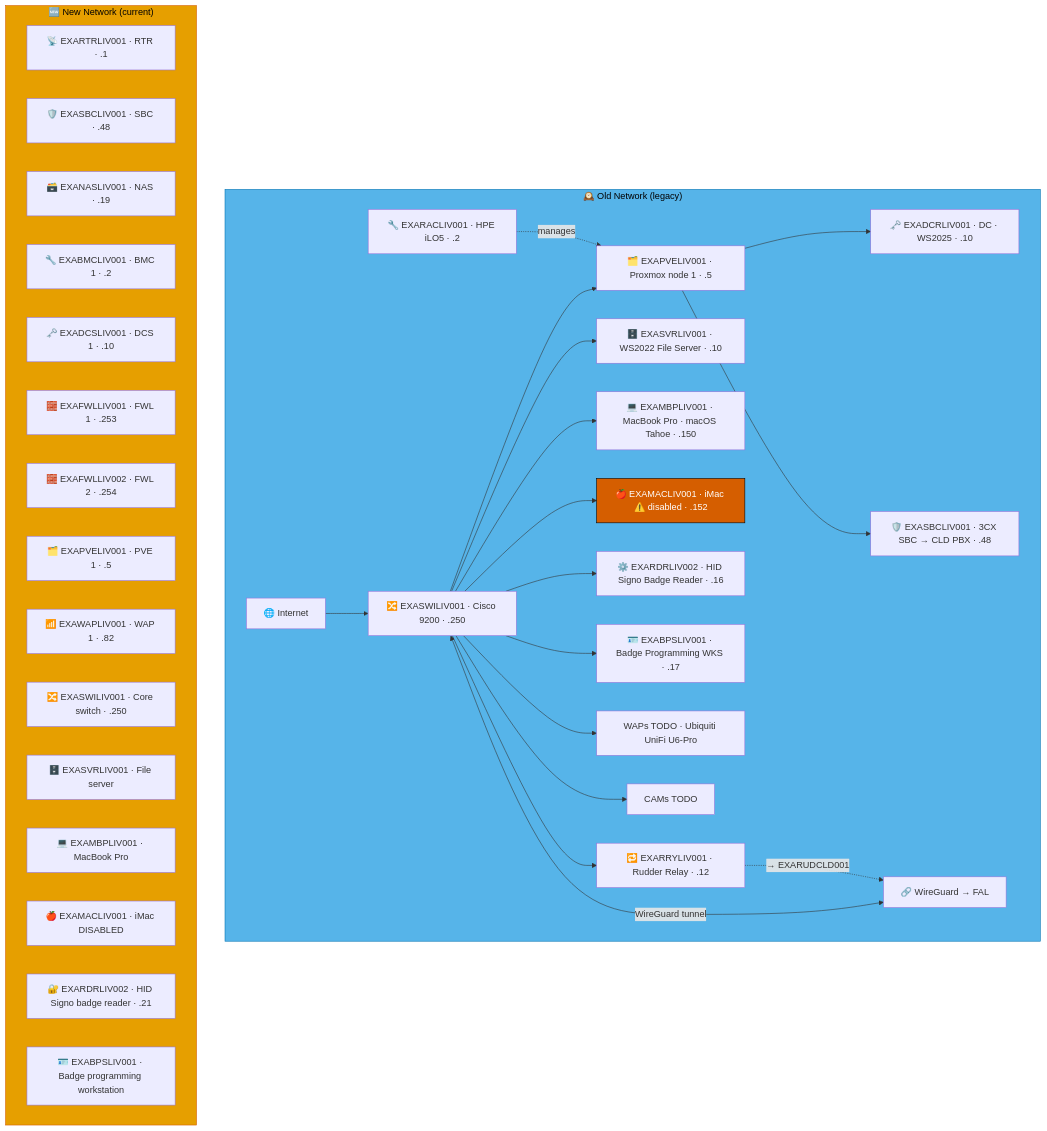
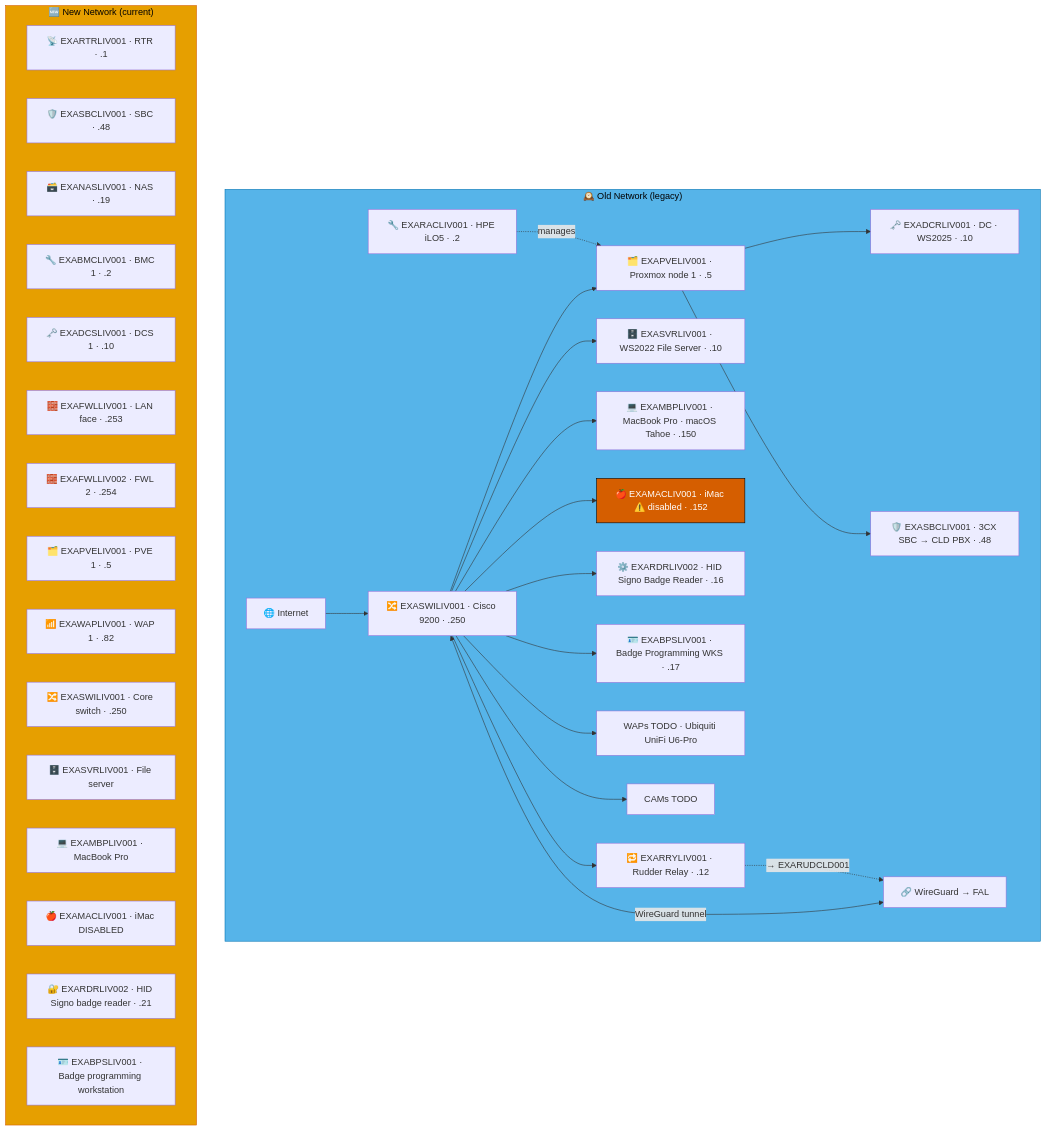
Before and after one commit to knightmare2600/example_music_infra: the fourth of 9 diagrams in docs/network-diagram/england.md, drawn with Mermaid. The commit also changed other lines of this file and 17 other files, not shown here.

````diff
--- a/docs/network-diagram/england.md
+++ b/docs/network-diagram/england.md
@@ -215,52 +215,52 @@
 ```mermaid
 graph TD
     subgraph OLD_LIV ["🕰️ Old Network (legacy)"]
       INET["🌐 Internet"]
       SW["🔀 EXASWILIV001 · Cisco 9200 · .250"]
       RAC["🔧 EXARACLIV001 · HPE iLO5 · .2"]
       PVE["🗂️ EXAPVELIV001 · Proxmox node 1 · .5"]
       DC["🗝️ EXADCRLIV001 · DC · WS2025 · .10"]
       SBC["🛡️ EXASBCLIV001 · 3CX SBC → CLD PBX · .48"]
       RRY["🔁 EXARRYLIV001 · Rudder Relay · .12"]
       SRV["🗄️ EXASVRLIV001 · WS2022 File Server · .10"]
       MBP["💻 EXAMBPLIV001 · MacBook Pro · macOS Tahoe · .150"]
       MAC["🍎 EXAMACLIV001 · iMac ⚠️ disabled · .152"]
       RDR["⚙️ EXARDRLIV002 · HID Signo Badge Reader · .16"]
       BPS["🪪 EXABPSLIV001 · Badge Programming WKS · .17"]
       WAP["WAPs TODO · Ubiquiti UniFi U6-Pro"]
       CAM["CAMs TODO"]
       VPN["🔗 WireGuard → FAL"]
 
       INET --> SW
       SW --> PVE --> DC & SBC
       RAC -.->|"manages"| PVE
       SW --> SRV & MBP & MAC & RDR & BPS & WAP & CAM
       SW <-->|"WireGuard tunnel"| VPN
 
       SW --> RRY
       RRY -. "→ EXARUDCLD001" .-> VPN
     end
     style OLD_LIV fill:#56B4E9,stroke:#0072B2,color:#000000
     %% GENERATED:NEW-NETWORK:LIV:START
     subgraph NEW_LIV ["🆕 New Network (current)"]
       N_RTR["📡 EXARTRLIV001 · RTR · .1"]
       N_SBC["🛡️ EXASBCLIV001 · SBC · .48"]
       N_NAS["🗃️ EXANASLIV001 · NAS · .19"]
       N_BMC["🔧 EXABMCLIV001 · BMC 1 · .2"]
       N_DCS["🗝️ EXADCSLIV001 · DCS 1 · .10"]
-      N_FWL["🧱 EXAFWLLIV001 · FWL 1 · .253"]
+      N_FWL["🧱 EXAFWLLIV001 · LAN face · .253"]
       N_FWL2["🧱 EXAFWLLIV002 · FWL 2 · .254"]
       N_PVE["🗂️ EXAPVELIV001 · PVE 1 · .5"]
       N_WAP["📶 EXAWAPLIV001 · WAP 1 · .82"]
       N_SWI["🔀 EXASWILIV001 · Core switch · .250"]
       N_SVR["🗄️ EXASVRLIV001 · File server"]
       N_MBP["💻 EXAMBPLIV001 · MacBook Pro"]
       N_MAC["🍎 EXAMACLIV001 · iMac DISABLED"]
       N_RDR["🔐 EXARDRLIV002 · HID Signo badge reader · .21"]
       N_BPS["🪪 EXABPSLIV001 · Badge programming workstation"]
     end
     style NEW_LIV fill:#E69F00,stroke:#D55E00,color:#000000
     %% GENERATED:NEW-NETWORK:LIV:END
     classDef warn fill:#D55E00,stroke:#000000,color:#ffffff
     class MAC warn
 ```
````
